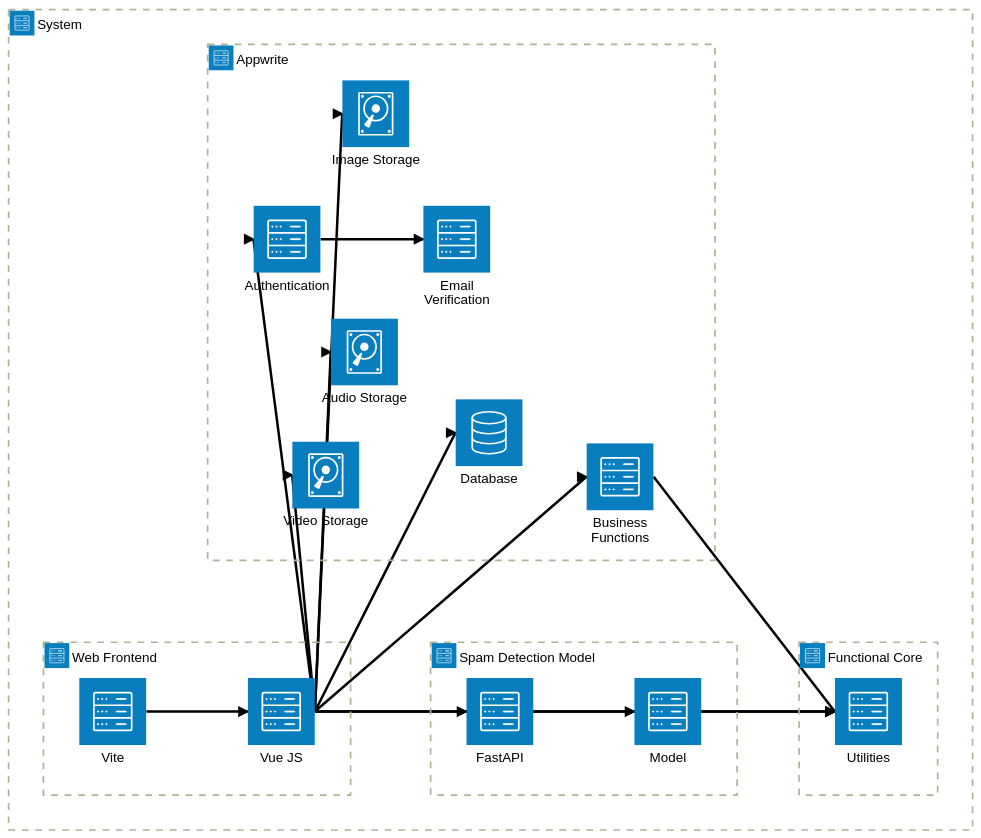
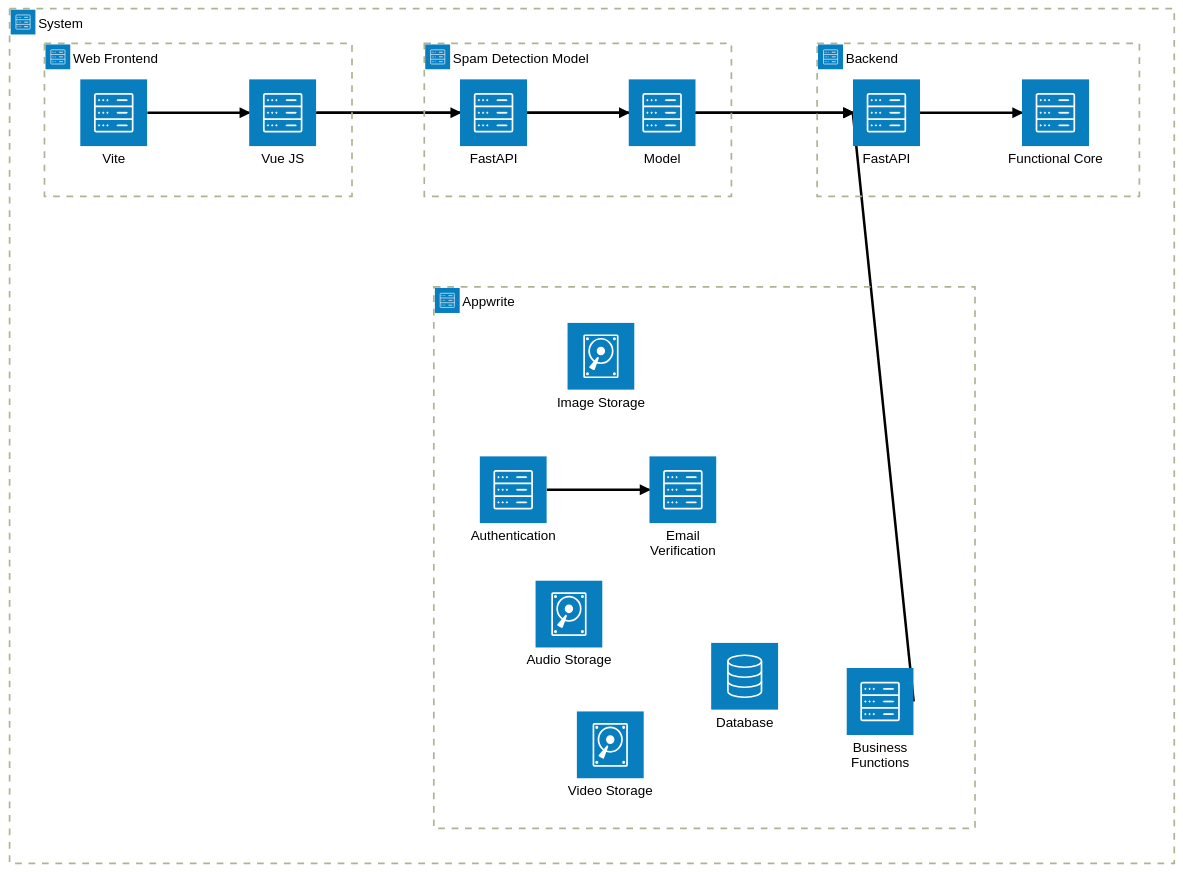
The first of 5 diagrams in stage3/README.md (AboFawaz305/holberton-portfolio-project), drawn with Mermaid (forest theme) before and after one commit. The commit also changed other lines of this file, not shown here.

Commit message:
Fix user stories and updated architecture diagram (#59)
* Fix user stories and updated architecture diagram

* add register user story
clarified delete spam user story

* Update architecture diagram

````diff
--- a/stage3/README.md
+++ b/stage3/README.md
@@ -75,47 +76,50 @@
   ```mermaid
 architecture-beta
     group proxy(server)[System]
 
     group webfrontend(server)[Web Frontend] in proxy
     group appwrite(server)[Appwrite] in proxy
     group spamdetctionmodel(server)[Spam Detection Model] in proxy
-    group core(server)[Functional Core] in proxy
+    group core(server)[Backend] in proxy
 
     %% Web Frontend Services
     service vuejs(server)[Vue JS] in webfrontend
     service vite(server)[Vite] in webfrontend
 
     vite:R --> L:vuejs
 
-    vuejs:R --> L:bfuncs
-    vuejs:R --> L:db
-    vuejs:R --> L:vstore
-    vuejs:R --> L:istore
-    vuejs:R --> L:astore
-    vuejs:R --> L:auth
+    %% vuejs:R --> L:bfuncs
+    %% vuejs:R --> L:db
+    %% vuejs:R --> L:vstore
+    %% vuejs:R --> L:istore
+    %% vuejs:R --> L:astore
+    %% vuejs:R --> L:auth
 
-    vuejs:R --> L:utils
+    vuejs:R --> L:utilsa
     
     vuejs:R --> L:mapi
 
     %% Appwrite services
     service bfuncs(server)[Business Functions] in appwrite
     service db(database)[Database] in appwrite
     service vstore(disk)[Video Storage] in appwrite
     service astore(disk)[Audio Storage] in appwrite
     service istore(disk)[Image Storage] in appwrite
     service auth(server)[Authentication] in appwrite
     service messages(server)[Email Verification] in appwrite
 
-    bfuncs:R --> L: utils
+    bfuncs:R --> L:utilsa
     auth:R --> L:messages
     %% Spam Detection Model
     service mapi(server)[FastAPI] in spamdetctionmodel
     service model(server)[Model] in spamdetctionmodel
 
     mapi:R --> L:model
-    model:R --> L:utils
+    model:R --> L:utilsa
 
     %% Functional Core
-    service utils(server)[Utilities] in core
+    service utils(server)[Functional Core] in core
+    service utilsa(server)[FastAPI] in core
+
+    utilsa:R --> L:utils 
 ```
````
